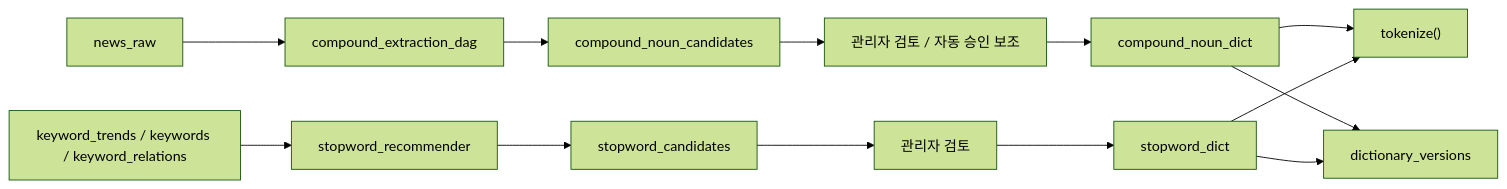
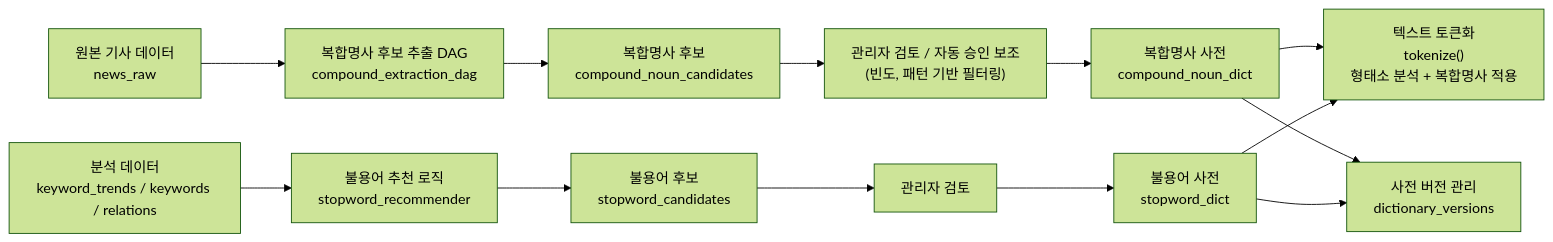
One commit to yeongmin-yu/news-trend-pipeline-dev changed the diagram in docs/design/STEP2-3_DICTIONARY.md. Above: the diagram before and after it, drawn with Mermaid (forest theme). The commit also changed 7 other files, not shown here.

````diff
--- a/docs/design/STEP2-3_DICTIONARY.md
+++ b/docs/design/STEP2-3_DICTIONARY.md
@@ -25,15 +25,24 @@
 ```mermaid
 flowchart LR
-    A["compound_noun_dict"] --> B["tokenize()"]
-    C["stopword_dict"] --> B
-    D["news_raw"] --> E["compound_extraction_dag"]
-    E --> F["compound_noun_candidates"]
-    F --> G["관리자 검토 / 자동 승인 보조"]
+    %% 기존 사전 → 전처리
+    A["복합명사 사전<br/>compound_noun_dict"] --> B["텍스트 토큰화<br/>tokenize()<br/>형태소 분석 + 복합명사 적용"]
+    C["불용어 사전<br/>stopword_dict"] --> B
+
+    %% 기사 기반 후보 생성
+    D["원본 기사 데이터<br/>news_raw"] --> E["복합명사 후보 추출 DAG<br/>compound_extraction_dag"]
+    E --> F["복합명사 후보<br/>compound_noun_candidates"]
+
+    %% 후보 검토 → 사전 반영
+    F --> G["관리자 검토 / 자동 승인 보조<br/>(빈도, 패턴 기반 필터링)"]
     G --> A
-    H["keyword_trends / keywords / keyword_relations"] --> I["stopword_recommender"]
-    I --> J["stopword_candidates"]
+
+    %% 불용어 추천 흐름
+    H["분석 데이터<br/>keyword_trends / keywords / relations"] --> I["불용어 추천 로직<br/>stopword_recommender"]
+    I --> J["불용어 후보<br/>stopword_candidates"]
     J --> K["관리자 검토"]
     K --> C
-    A --> L["dictionary_versions"]
+
+    %% 사전 버전 관리
+    A --> L["사전 버전 관리<br/>dictionary_versions"]
     C --> L
 ```
````
